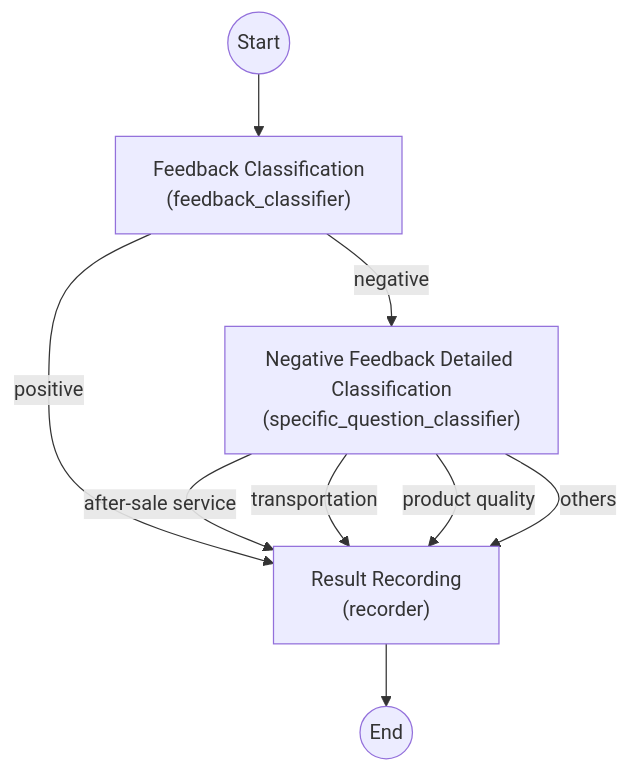
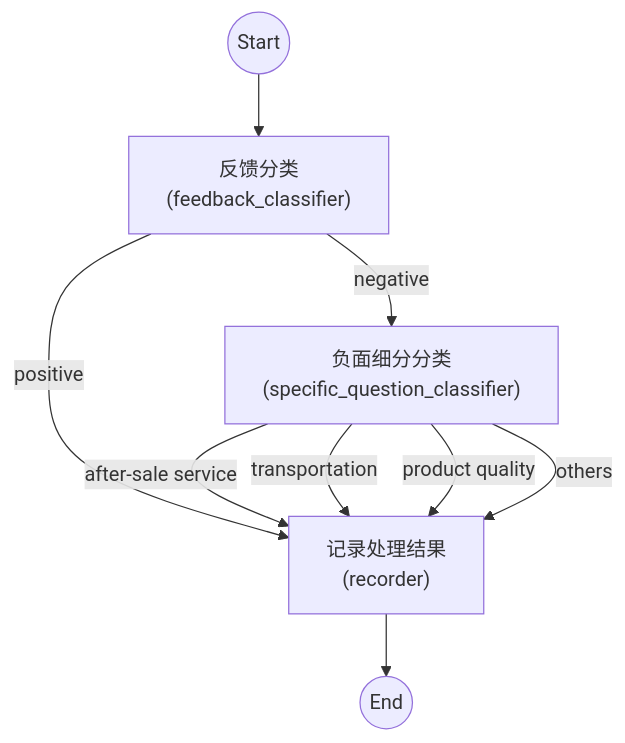
The diagram in spring-ai-alibaba-graph/README-zh.md (alibaba/spring-ai-alibaba), drawn with Mermaid before and after one commit. The commit also changed other lines of this file and 1 other file, not shown here.

````diff
--- a/spring-ai-alibaba-graph/README-zh.md
+++ b/spring-ai-alibaba-graph/README-zh.md
@@ -184,20 +186,21 @@
-```mermaid
+```Mermaid
 flowchart TD
     START((Start))
-    feedback_classifier["Feedback Classification<br/>(feedback_classifier)"]
-    specific_question_classifier["Negative Feedback Detailed Classification<br/>(specific_question_classifier)"]
-    recorder["Result Recording<br/>(recorder)"]
+    feedback_classifier["反馈分类<br/>(feedback_classifier)"]
+    specific_question_classifier["负面细分分类<br/>(specific_question_classifier)"]
+    recorder["记录处理结果<br/>(recorder)"]
     END((End))
 
     START --> feedback_classifier
 
     feedback_classifier -->|positive| recorder
     feedback_classifier -->|negative| specific_question_classifier
 
     specific_question_classifier -->|after-sale service| recorder
     specific_question_classifier -->|transportation| recorder
     specific_question_classifier -->|product quality| recorder
     specific_question_classifier -->|others| recorder
 
     recorder --> END
+
 ```
````
